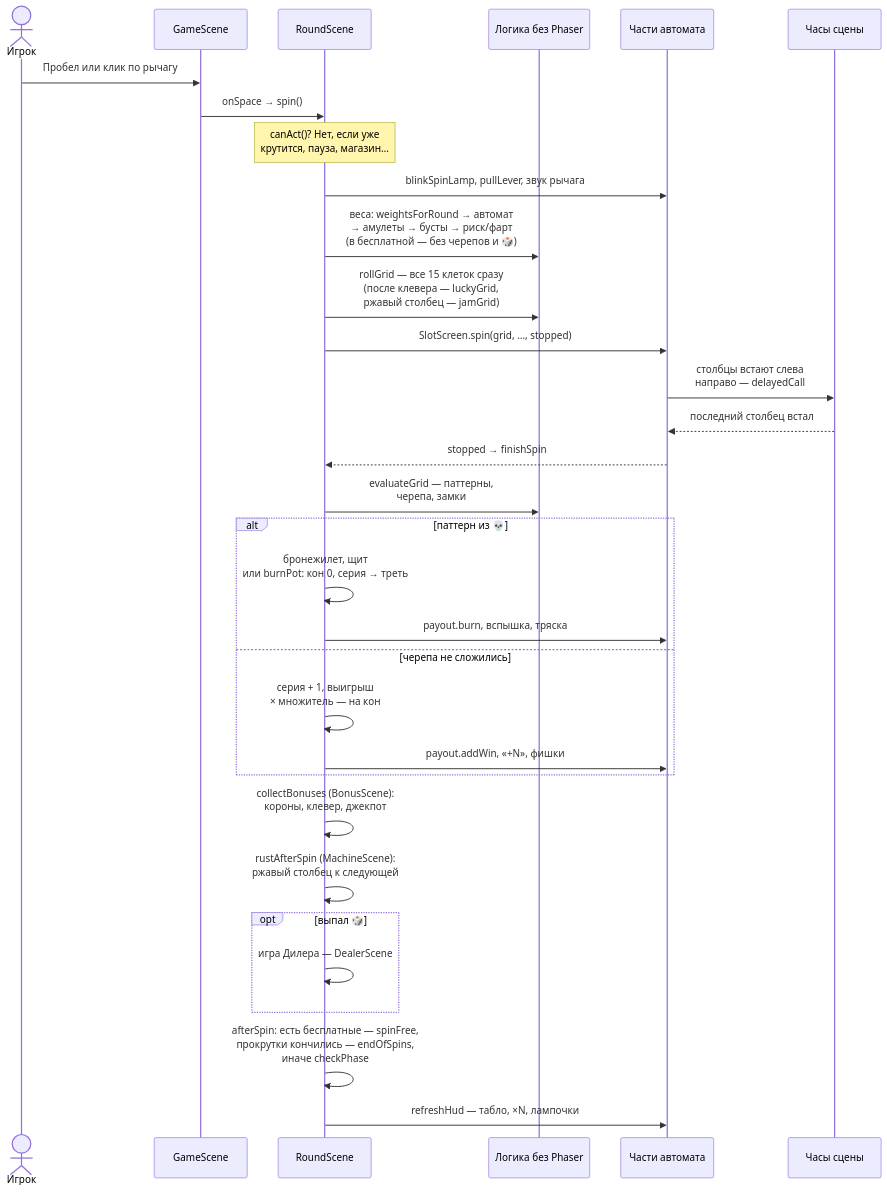
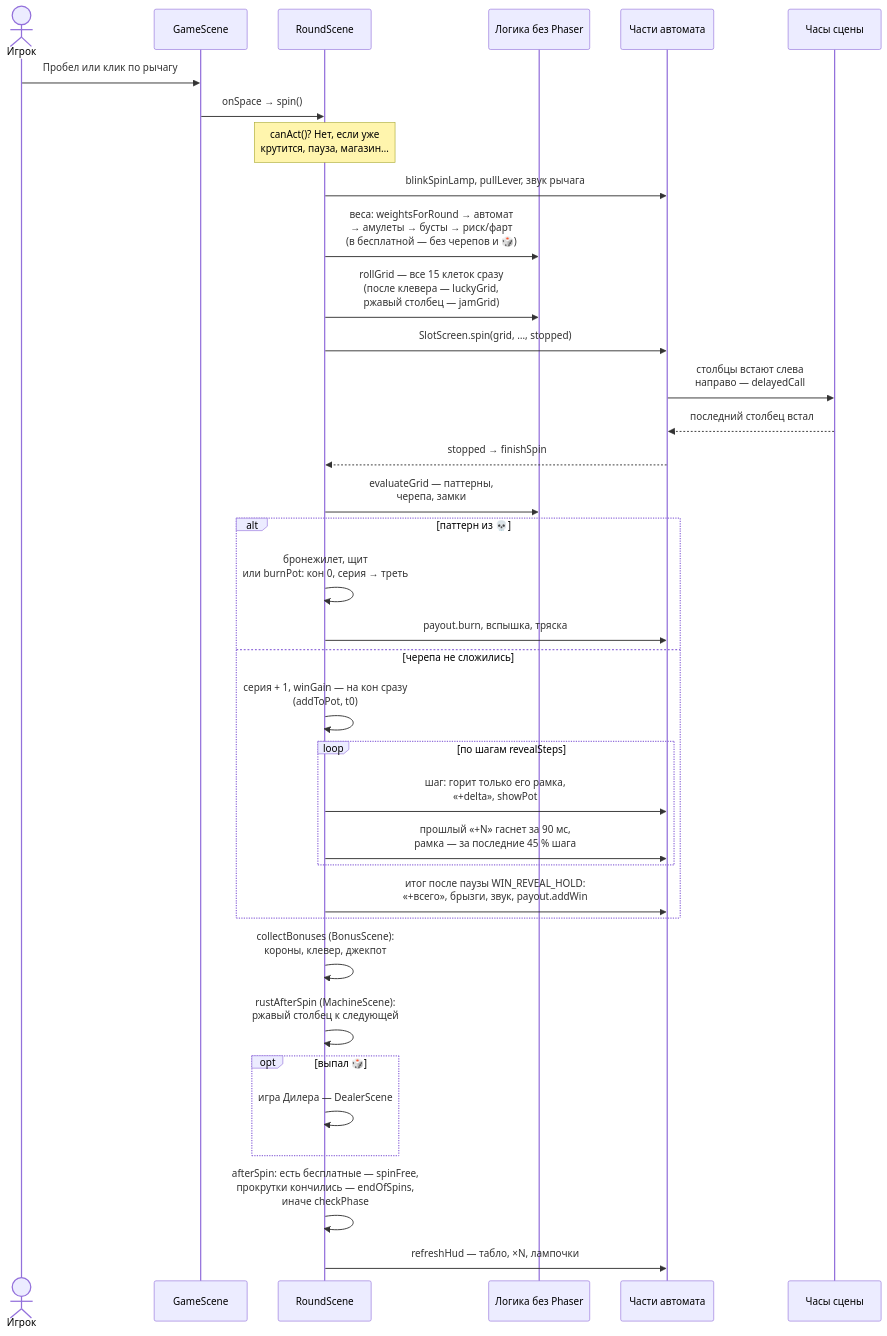
Before and after one commit to LILcmetanka/dolgovaya-yama: the third of 3 diagrams in ARCHITECTURE.md, drawn with Mermaid. The commit also changed other lines of this file and 5 other files, not shown here.

````diff
--- a/ARCHITECTURE.md
+++ b/ARCHITECTURE.md
@@ -139,35 +139,39 @@
 ```mermaid
 sequenceDiagram
   actor P as Игрок
   participant GS as GameScene
   participant RS as RoundScene
   participant L as Логика без Phaser
   participant UI as Части автомата
   participant T as Часы сцены
 
   P->>GS: Пробел или клик по рычагу
   GS->>RS: onSpace → spin()
   Note over RS: canAct()? Нет, если уже<br/>крутится, пауза, магазин…
   RS->>UI: blinkSpinLamp, pullLever, звук рычага
   RS->>L: веса: weightsForRound → автомат<br/>→ амулеты → бусты → риск/фарт<br/>(в бесплатной — без черепов и 🎲)
   RS->>L: rollGrid — все 15 клеток сразу<br/>(после клевера — luckyGrid,<br/>ржавый столбец — jamGrid)
   RS->>UI: SlotScreen.spin(grid, …, stopped)
   UI->>T: столбцы встают слева<br/>направо — delayedCall
   T-->>UI: последний столбец встал
   UI-->>RS: stopped → finishSpin
   RS->>L: evaluateGrid — паттерны,<br/>черепа, замки
   alt паттерн из 💀
     RS->>RS: бронежилет, щит<br/>или burnPot: кон 0, серия → треть
     RS->>UI: payout.burn, вспышка, тряска
   else черепа не сложились
-    RS->>RS: серия + 1, выигрыш<br/>× множитель — на кон
-    RS->>UI: payout.addWin, «+N», фишки
+    RS->>RS: серия + 1, winGain — на кон сразу<br/>(addToPot, t0)
+    loop по шагам revealSteps
+      RS->>UI: шаг: горит только его рамка,<br/>«+delta», showPot
+      RS->>UI: прошлый «+N» гаснет за 90 мс,<br/>рамка — за последние 45 % шага
+    end
+    RS->>UI: итог после паузы WIN_REVEAL_HOLD:<br/>«+всего», брызги, звук, payout.addWin
   end
   RS->>RS: collectBonuses (BonusScene):<br/>короны, клевер, джекпот
   RS->>RS: rustAfterSpin (MachineScene):<br/>ржавый столбец к следующей
   opt выпал 🎲
     RS->>RS: игра Дилера — DealerScene
   end
   RS->>RS: afterSpin: есть бесплатные — spinFree,<br/>прокрутки кончились — endOfSpins,<br/>иначе checkPhase
   RS->>UI: refreshHud — табло, ×N, лампочки
 ```
````
